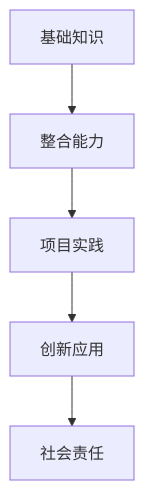
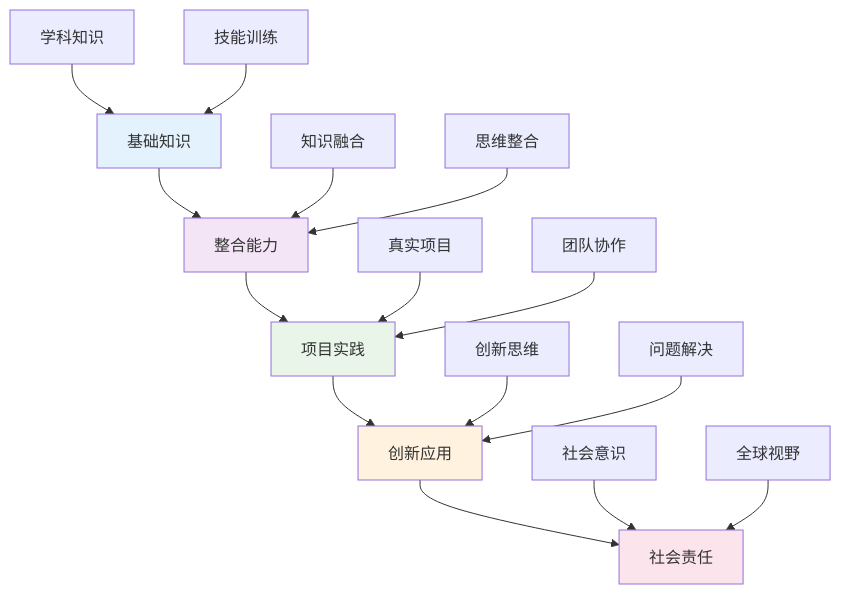
Before and after one commit to AdaMartin18010/SeniorEnducation: the second of 7 diagrams in 03-应用实践领域/01-跨学科项目学习.md, drawn with Mermaid. The commit also changed other lines of this file and 16 other files, not shown here.

````diff
--- a/03-应用实践领域/01-跨学科项目学习.md
+++ b/03-应用实践领域/01-跨学科项目学习.md
@@ -144,7 +127,24 @@
 ```mermaid
 graph TD
     A[基础知识] --> B[整合能力]
     B --> C[项目实践]
     C --> D[创新应用]
     D --> E[社会责任]
+    
+    A1[学科知识] --> A
+    A2[技能训练] --> A
+    B1[知识融合] --> B
+    B2[思维整合] --> B
+    C1[真实项目] --> C
+    C2[团队协作] --> C
+    D1[创新思维] --> D
+    D2[问题解决] --> D
+    E1[社会意识] --> E
+    E2[全球视野] --> E
+    
+    style A fill:#e3f2fd
+    style B fill:#f3e5f5
+    style C fill:#e8f5e8
+    style D fill:#fff3e0
+    style E fill:#fce4ec
 ```
````
